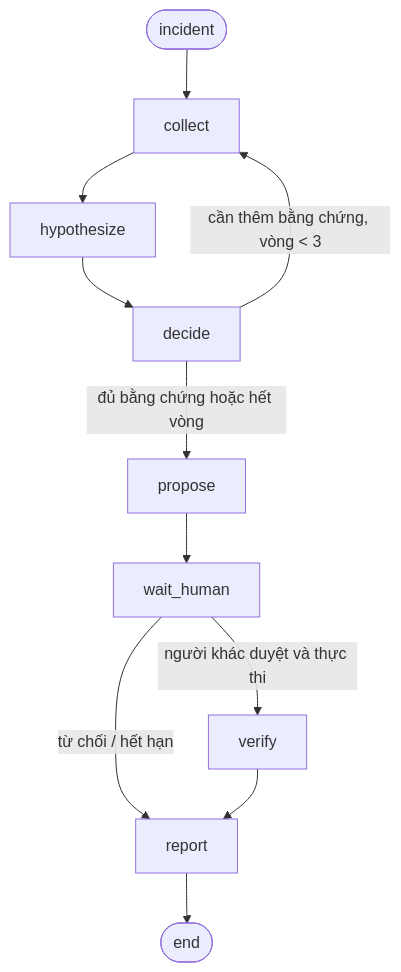
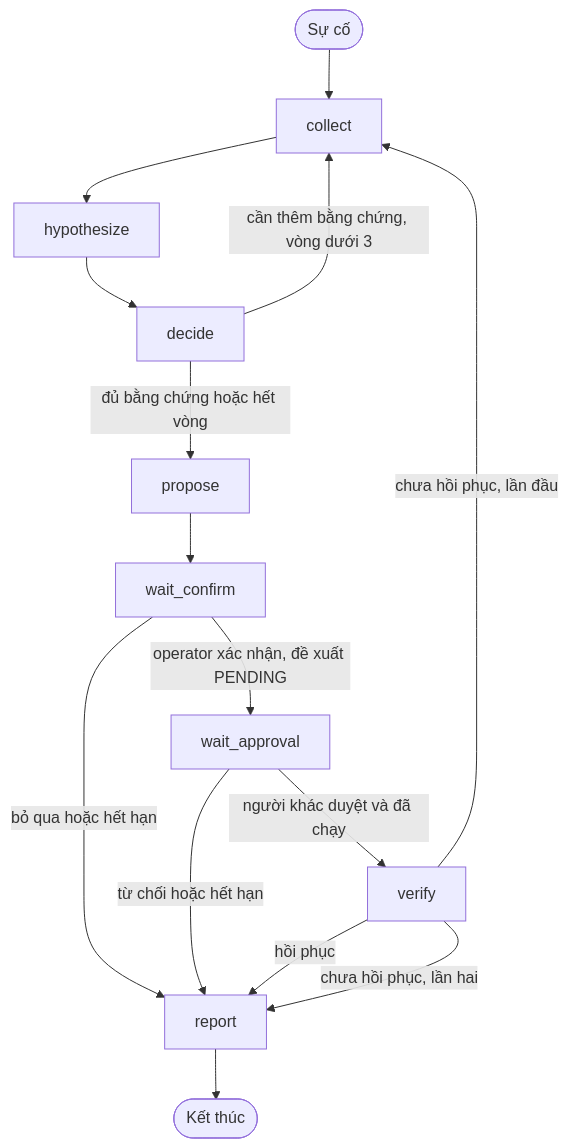
One commit to khoatran18/mini-marketplace changed the diagram in docs/ai/09_AGENT_BUILD_LOG.md. Above: the diagram before and after it, drawn with Mermaid. The commit also changed other lines of this file and 38 other files, not shown here.

````diff
--- a/docs/ai/09_AGENT_BUILD_LOG.md
+++ b/docs/ai/09_AGENT_BUILD_LOG.md
@@ -324,13 +324,17 @@
 ```mermaid
 graph TD;
-  start([incident]) --> collect
+  start([Sự cố]) --> collect
   collect --> hypothesize
   hypothesize --> decide
-  decide -- cần thêm bằng chứng, vòng < 3 --> collect
+  decide -- cần thêm bằng chứng, vòng dưới 3 --> collect
   decide -- đủ bằng chứng hoặc hết vòng --> propose
-  propose --> wait_human
-  wait_human -- người khác duyệt và thực thi --> verify
-  wait_human -- từ chối / hết hạn --> report
-  verify --> report
-  report --> done([end])
+  propose --> wait_confirm
+  wait_confirm -- operator xác nhận, đề xuất PENDING --> wait_approval
+  wait_confirm -- bỏ qua hoặc hết hạn --> report
+  wait_approval -- người khác duyệt và đã chạy --> verify
+  wait_approval -- từ chối hoặc hết hạn --> report
+  verify -- hồi phục --> report
+  verify -- chưa hồi phục, lần đầu --> collect
+  verify -- chưa hồi phục, lần hai --> report
+  report --> done([Kết thúc])
 ```
````
